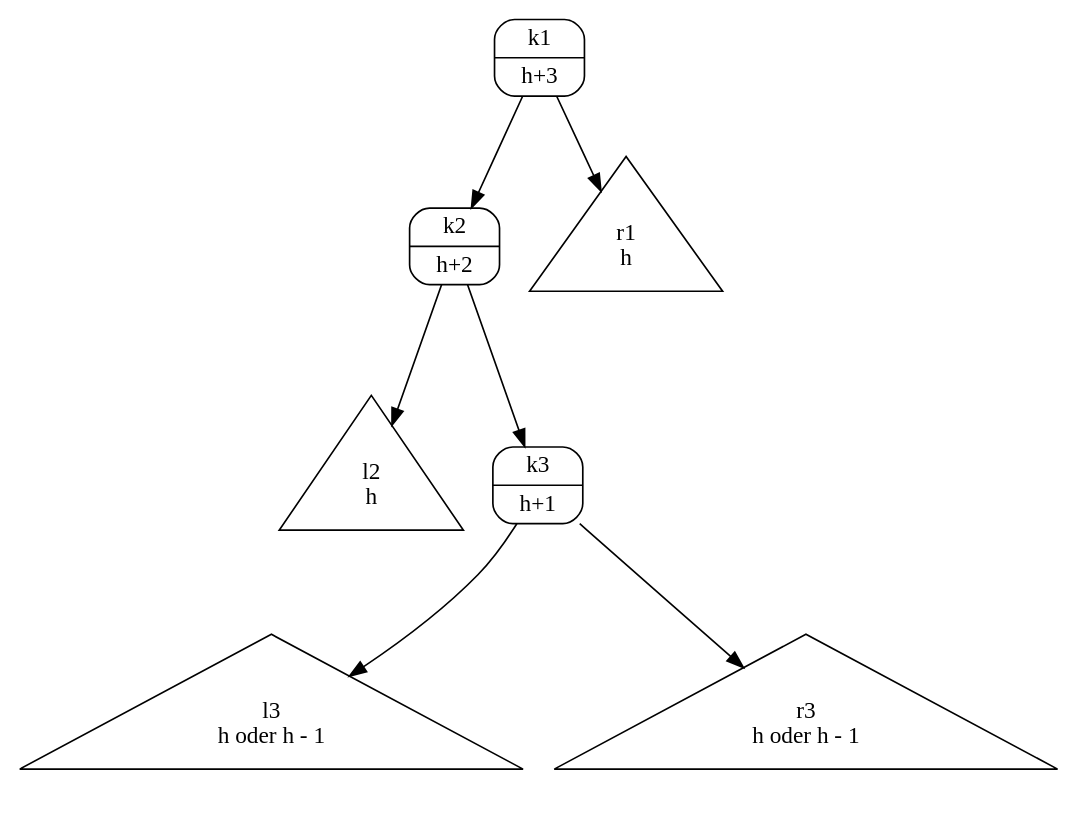
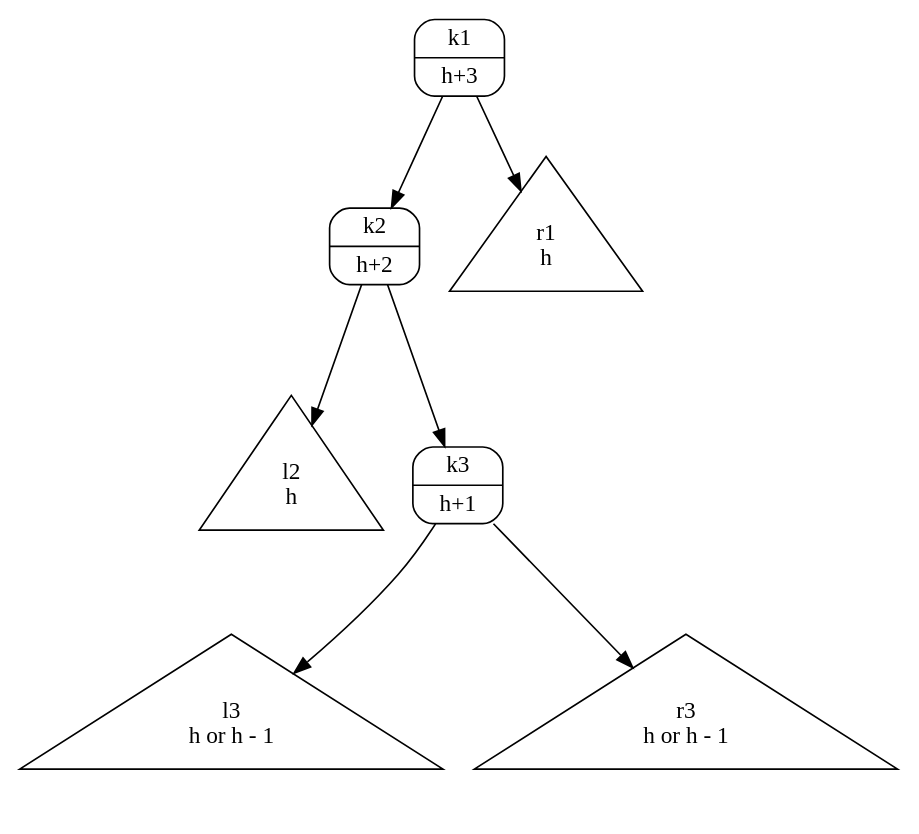
The diagram in Lecture-Notes/Abbildungen/caselr.dot (karlstroetmann/Algorithms), drawn with Graphviz before and after one commit. The commit also changed 15 other files, not shown here.

```diff
--- a/Lecture-Notes/Abbildungen/caselr.dot
+++ b/Lecture-Notes/Abbildungen/caselr.dot
@@ -1,16 +1,16 @@
 digraph G {
     node [ ordering = out ];
     p [ shape = Mrecord, label = "{ k1 | h+3 }" ];
     p -> l1;
     p -> r1;
     l1 [ shape = Mrecord, label = "{ k2 | h+2 }" ];
     r1 [ shape = triangle, label = " r1 \n h " ];
     l1 -> l2;
     l1 -> r2;
     l2 [ shape = triangle, label = " l2 \n h " ];
     r2 [ shape = Mrecord, label = "{ k3 | h+1 }" ];
     r2 -> l3;    
     r2 -> r3;    
-    l3 [ shape = triangle, label = " l3 \n h oder h - 1 " ];
-    r3 [ shape = triangle, label = " r3 \n h oder h - 1 " ];
+    l3 [ shape = triangle, label = " l3 \n h or h - 1 " ];
+    r3 [ shape = triangle, label = " r3 \n h or h - 1 " ];
 }
```
